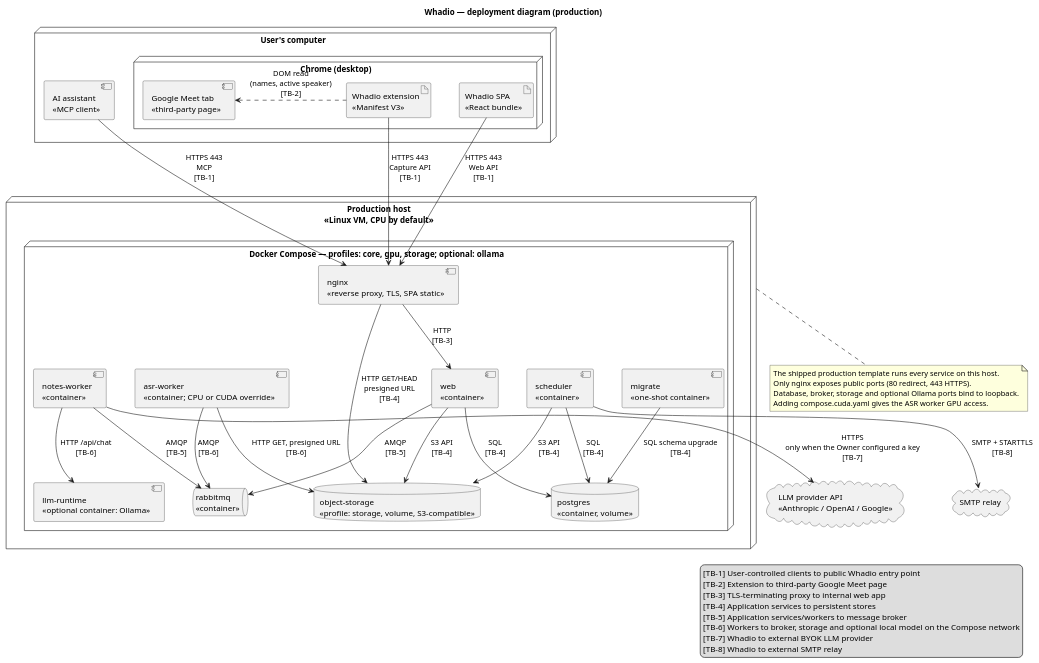
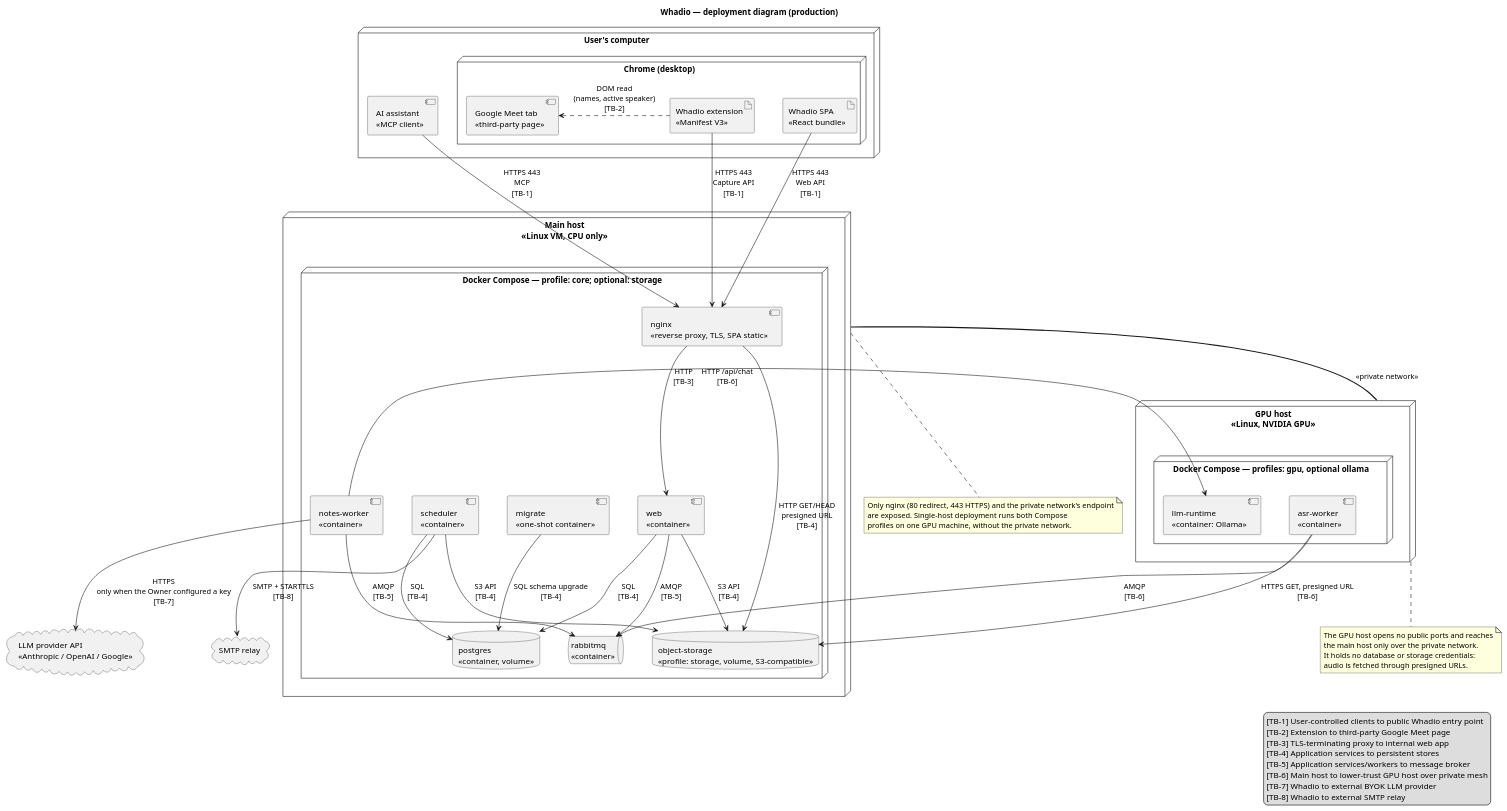
The diagram in docs/architecture/uml/deployment-diagram.puml (ukma-fin-ssdm-2026/Whadio), drawn with PlantUML before and after one commit. The commit also changed 10 other files, not shown here.

```diff
--- a/docs/architecture/uml/deployment-diagram.puml
+++ b/docs/architecture/uml/deployment-diagram.puml
@@ -1,77 +1,89 @@
 @startuml deployment-diagram
 title Whadio — deployment diagram (production)
 
 skinparam nodesep 50
 skinparam ranksep 70
 
 node "User's computer" as pc {
   node "Chrome (desktop)" as chrome {
     artifact "Whadio extension\n<<Manifest V3>>" as ext
     component "Google Meet tab\n<<third-party page>>" as meet
     artifact "Whadio SPA\n<<React bundle>>" as spa
   }
   component "AI assistant\n<<MCP client>>" as mcpClient
 }
 
-node "Production host\n<<Linux VM, CPU by default>>" as main {
-  node "Docker Compose — profiles: core, gpu, storage; optional: ollama" as composeCore {
+node "Main host\n<<Linux VM, CPU only>>" as main {
+  node "Docker Compose — profile: core; optional: storage" as composeCore {
     component "nginx\n<<reverse proxy, TLS, SPA static>>" as nginx
     component "migrate\n<<one-shot container>>" as migrate
     component "web\n<<container>>" as web
     component "scheduler\n<<container>>" as scheduler
     component "notes-worker\n<<container>>" as notesWorker
-    component "asr-worker\n<<container; CPU or CUDA override>>" as asrWorker
-    component "llm-runtime\n<<optional container: Ollama>>" as llm
     queue "rabbitmq\n<<container>>" as mq
     database "postgres\n<<container, volume>>" as db
     database "object-storage\n<<profile: storage, volume, S3-compatible>>" as store
+  }
+}
+
+node "GPU host\n<<Linux, NVIDIA GPU>>" as gpu {
+  node "Docker Compose — profiles: gpu, optional ollama" as composeGpu {
+    component "asr-worker\n<<container>>" as asrWorker
+    component "llm-runtime\n<<container: Ollama>>" as llm
   }
 }
 
 cloud "LLM provider API\n<<Anthropic / OpenAI / Google>>" as provider
 cloud "SMTP relay" as smtp
 
 ' --- Clients: nginx is the only public entry point ---
 ext --> nginx : HTTPS 443\nCapture API\n[TB-1]
 spa --> nginx : HTTPS 443\nWeb API\n[TB-1]
 mcpClient --> nginx : HTTPS 443\nMCP\n[TB-1]
 ext .left.> meet : DOM read\n(names, active speaker)\n[TB-2]
 
 ' --- Inside the main host ---
 nginx --> web : HTTP\n[TB-3]
 nginx --> store : HTTP GET/HEAD\npresigned URL\n[TB-4]
 migrate --> db : SQL schema upgrade\n[TB-4]
 web --> db : SQL\n[TB-4]
 web --> store : S3 API\n[TB-4]
 web --> mq : AMQP\n[TB-5]
 scheduler --> db : SQL\n[TB-4]
 scheduler --> store : S3 API\n[TB-4]
 notesWorker --> mq : AMQP\n[TB-5]
 
-' --- Workers on the Compose network ---
+' --- Between the hosts: everything travels over the private network ---
+gpu == main : <<private network>>
 asrWorker --> mq : AMQP\n[TB-6]
-asrWorker --> store : HTTP GET, presigned URL\n[TB-6]
+asrWorker --> store : HTTPS GET, presigned URL\n[TB-6]
 notesWorker --> llm : HTTP /api/chat\n[TB-6]
 
 ' --- Egress to third parties ---
 notesWorker --> provider : HTTPS\nonly when the Owner configured a key\n[TB-7]
 scheduler --> smtp : SMTP + STARTTLS\n[TB-8]
 
+note bottom of gpu
+  The GPU host opens no public ports and reaches
+  the main host only over the private network.
+  It holds no database or storage credentials:
+  audio is fetched through presigned URLs.
+end note
+
 note bottom of main
-  The shipped production template runs every service on this host.
-  Only nginx exposes public ports (80 redirect, 443 HTTPS).
-  Database, broker, storage and optional Ollama ports bind to loopback.
-  Adding compose.cuda.yaml gives the ASR worker GPU access.
+  Only nginx (80 redirect, 443 HTTPS) and the private network's endpoint
+  are exposed. Single-host deployment runs both Compose
+  profiles on one GPU machine, without the private network.
 end note
 
 legend right
   [TB-1] User-controlled clients to public Whadio entry point
   [TB-2] Extension to third-party Google Meet page
   [TB-3] TLS-terminating proxy to internal web app
   [TB-4] Application services to persistent stores
   [TB-5] Application services/workers to message broker
-  [TB-6] Workers to broker, storage and optional local model on the Compose network
+  [TB-6] Main host to lower-trust GPU host over private mesh
   [TB-7] Whadio to external BYOK LLM provider
   [TB-8] Whadio to external SMTP relay
 endlegend
 @enduml
```
